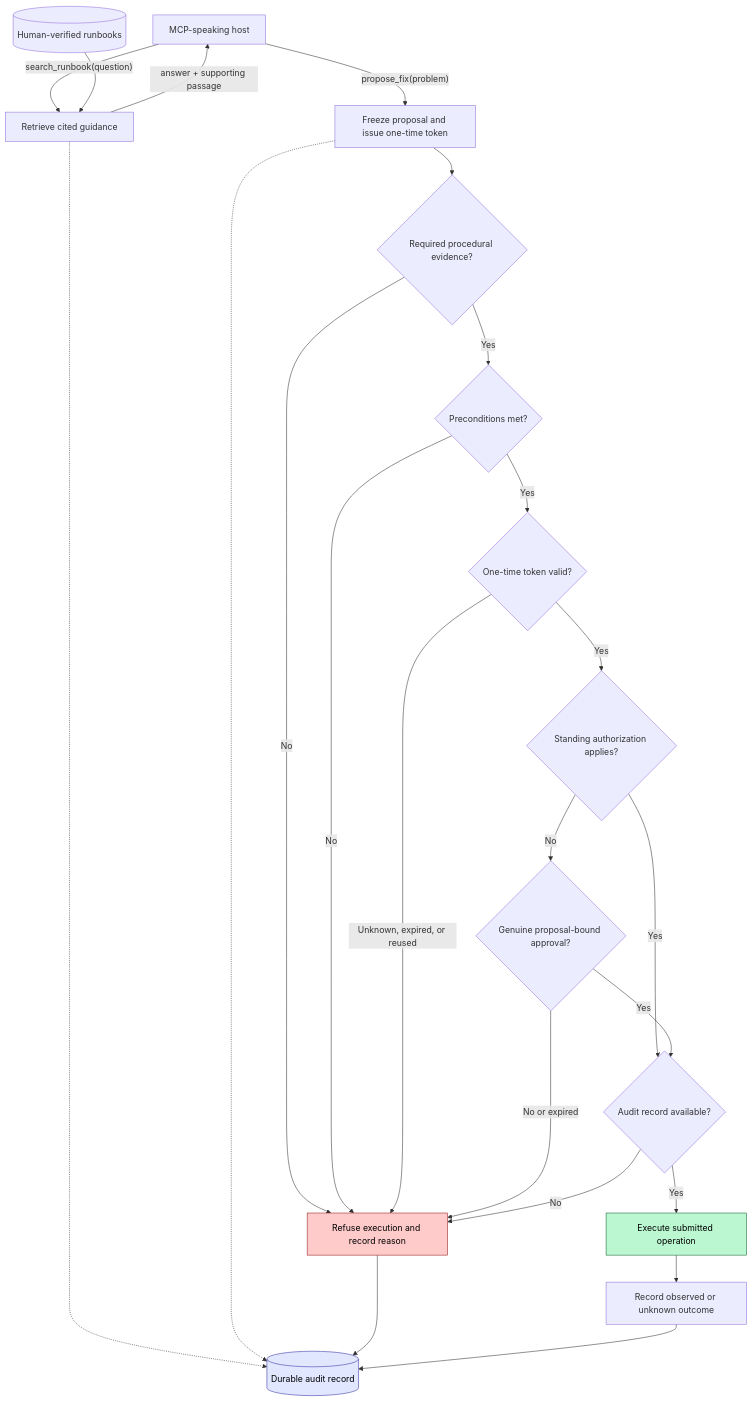
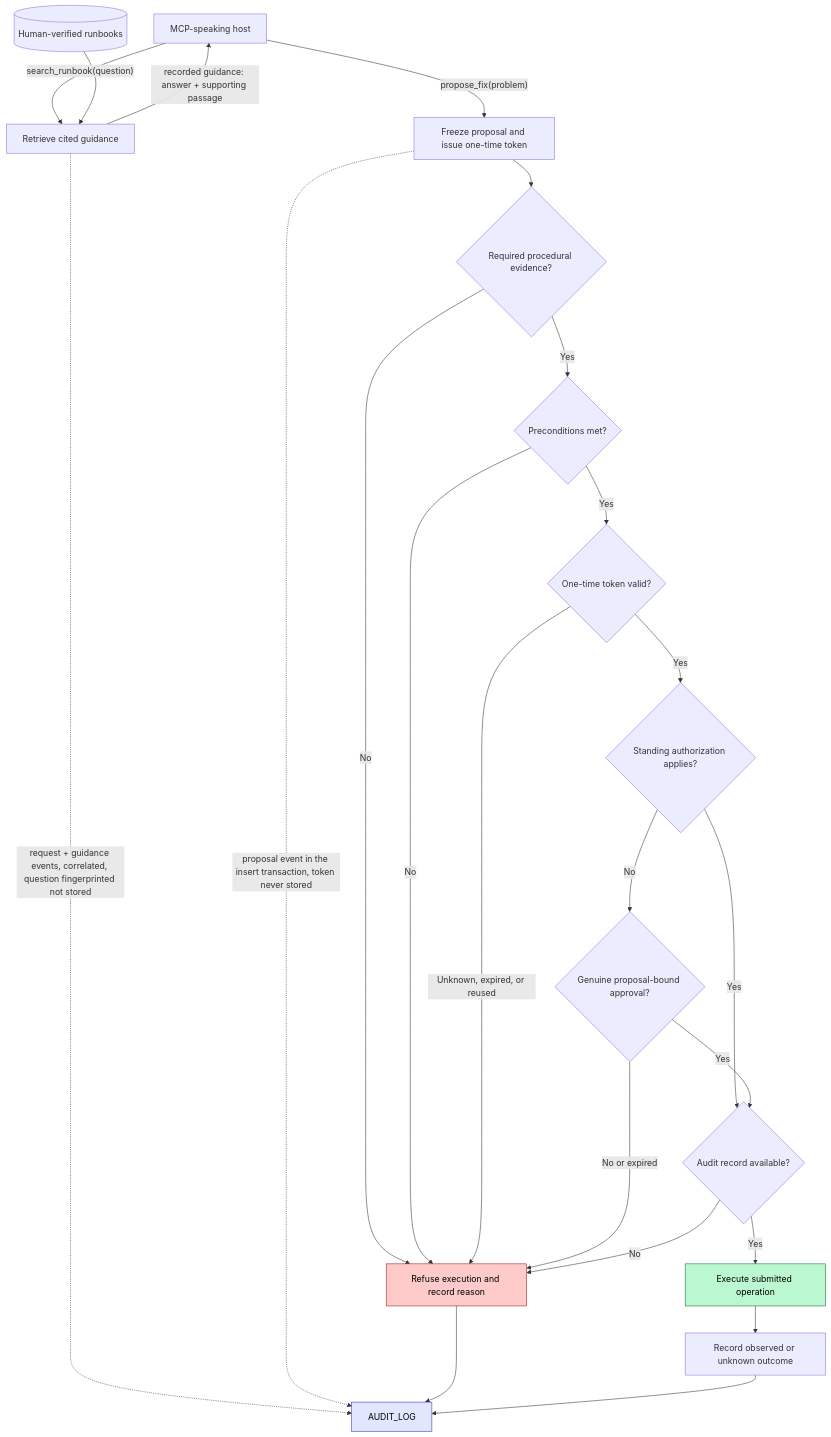
Before and after one commit to alanfong93/ops-guard: the diagram in docs/system_flow.md, drawn with Mermaid. The commit also changed other lines of this file and 12 other files, not shown here.

First line of the commit message:
feat: correlated search auditing and atomic proposal recording (#40) (#43)

````diff
--- a/docs/system_flow.md
+++ b/docs/system_flow.md
@@ -3,30 +3,30 @@
 ```mermaid
 flowchart TD
     HOST["MCP-speaking host"] -->|"search_runbook(question)"| RETRIEVE["Retrieve cited guidance"]
     RUNBOOKS[("Human-verified runbooks")] --> RETRIEVE
-    RETRIEVE -->|"answer + supporting passage"| HOST
-    RETRIEVE -.-> AUDIT_LOG[("Durable audit record")]
+    RETRIEVE -.->|"request + guidance events, correlated, question fingerprinted not stored"| AUDIT_LOG
+    RETRIEVE -->|"recorded guidance: answer + supporting passage"| HOST
 
     HOST -->|"propose_fix(problem)"| PROPOSE["Freeze proposal and issue one-time token"]
+    PROPOSE -.->|"proposal event in the insert transaction, token never stored"| AUDIT_LOG
     PROPOSE --> EVIDENCE{"Required procedural evidence?"}
     EVIDENCE -->|"No"| REFUSE["Refuse execution and record reason"]
     EVIDENCE -->|"Yes"| PRECONDITIONS{"Preconditions met?"}
     PRECONDITIONS -->|"No"| REFUSE
     PRECONDITIONS -->|"Yes"| TOKEN{"One-time token valid?"}
     TOKEN -->|"Unknown, expired, or reused"| REFUSE
     TOKEN -->|"Yes"| AUTH{"Standing authorization applies?"}
     AUTH -->|"Yes"| AUDIT{"Audit record available?"}
     AUTH -->|"No"| APPROVAL{"Genuine proposal-bound approval?"}
     APPROVAL -->|"No or expired"| REFUSE
     APPROVAL -->|"Yes"| AUDIT
     AUDIT -->|"No"| REFUSE
     AUDIT -->|"Yes"| EXECUTE["Execute submitted operation"]
     EXECUTE --> OUTCOME["Record observed or unknown outcome"]
-    PROPOSE -.-> AUDIT_LOG
     REFUSE --> AUDIT_LOG
     OUTCOME --> AUDIT_LOG
 
     style REFUSE fill:#fecaca,stroke:#991b1b,color:#000
     style EXECUTE fill:#bbf7d0,stroke:#166534,color:#000
     style AUDIT_LOG fill:#e0e7ff,stroke:#3730a3,color:#000
 ```
````
